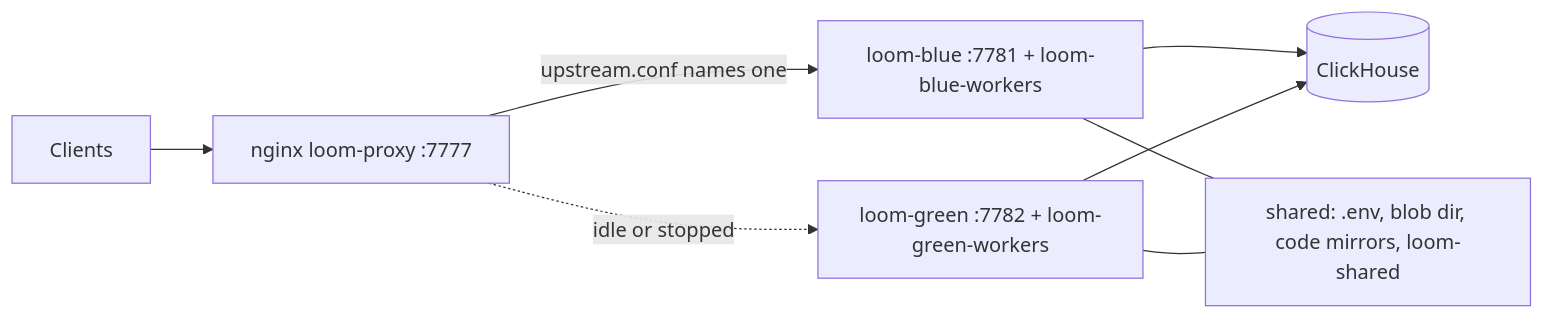
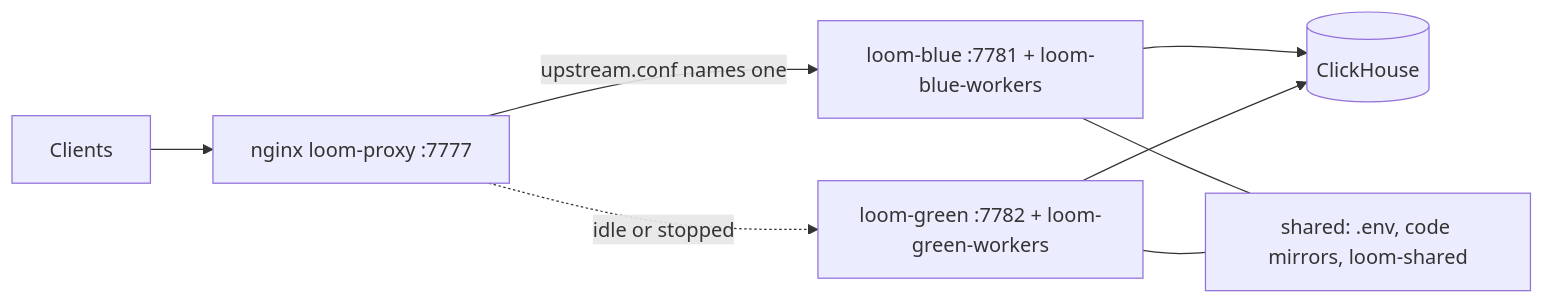
Before and after one commit to ClickHouse/loom: the second of 2 diagrams in docs/operations/deployment.md, drawn with Mermaid. The commit also changed 6 other files, not shown here.

````diff
--- a/docs/operations/deployment.md
+++ b/docs/operations/deployment.md
@@ -782,10 +782,10 @@
 ```mermaid
 flowchart LR
   C[Clients] --> P["nginx loom-proxy :7777"]
   P -->|"upstream.conf names one"| B["loom-blue :7781 + loom-blue-workers"]
   P -.->|idle or stopped| G["loom-green :7782 + loom-green-workers"]
   B --> CH[(ClickHouse)]
   G --> CH
-  B --- V["shared: .env, blob dir, code mirrors, loom-shared"]
+  B --- V["shared: .env, code mirrors, loom-shared"]
   G --- V
 ```
````
